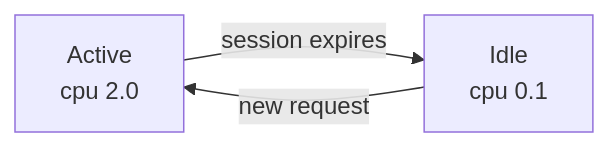
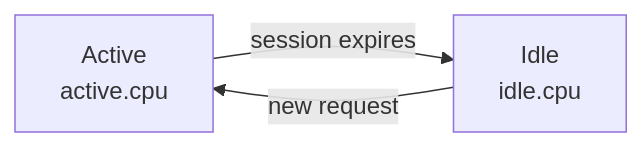
The diagram in docs/content/how-to-guides/scaling-resources/scale-cpu.md (sablierapp/sablier), drawn with Mermaid before and after one commit. The commit also changed other lines of this file and 17 other files, not shown here.

````diff
--- a/docs/content/how-to-guides/scaling-resources/scale-cpu.md
+++ b/docs/content/how-to-guides/scaling-resources/scale-cpu.md
@@ -41,7 +23,7 @@
 ```mermaid
 flowchart LR
-    active["Active<br/>cpu 2.0"]
-    idle["Idle<br/>cpu 0.1"]
+    active["Active<br/>active.cpu"]
+    idle["Idle<br/>idle.cpu"]
     active -->|session expires| idle
     idle -->|new request| active
 ```
````
